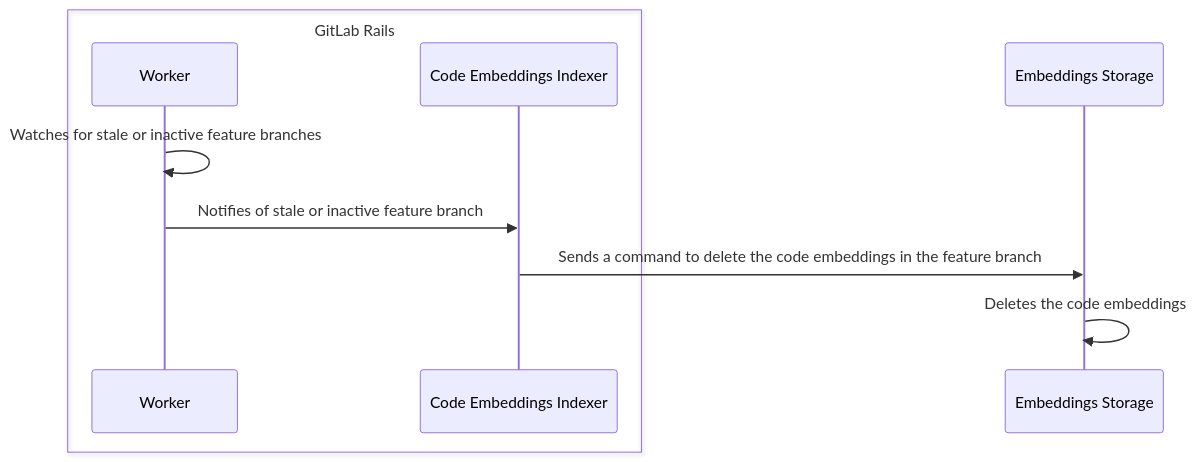
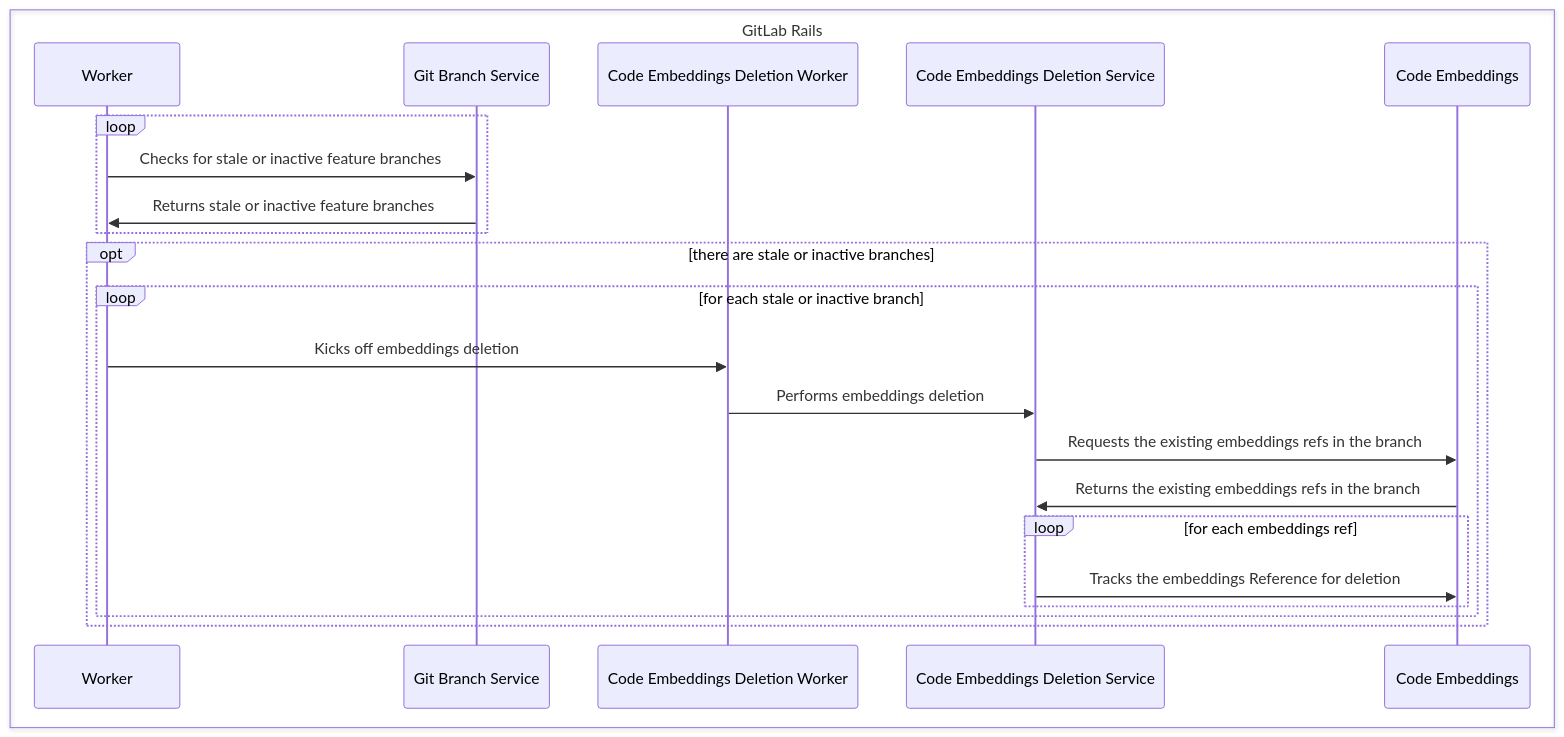
One commit to zalyoung/gitlab-handbook changed the third of 4 diagrams in content/handbook/engineering/architecture/design-documents/codebase_as_chat_context/_index.md. Above: the diagram before and after it, drawn with Mermaid. The commit also changed other lines of this file, not shown here.

First line of the commit message:
Update diagrams for clarity

````diff
--- a/content/handbook/engineering/architecture/design-documents/codebase_as_chat_context/_index.md
+++ b/content/handbook/engineering/architecture/design-documents/codebase_as_chat_context/_index.md
@@ -196,13 +191,26 @@
 ```mermaid
 sequenceDiagram
     box GitLab Rails
       participant WRKR as Worker
-      participant CEI as Code Embeddings Indexer
+      participant GLRGBR as Git Branch Service
+      participant CEDW as Code Embeddings Deletion Worker
+      participant CEDS as Code Embeddings Deletion Service
+      participant CE as Code Embeddings
     end
-    participant STOR as Embeddings Storage
 
-    WRKR->>WRKR: Watches for stale or inactive feature branches
-    WRKR->>CEI: Notifies of stale or inactive feature branch
-    CEI->>STOR: Sends a command to delete the code embeddings in the feature branch
-    STOR->>STOR: Deletes the code embeddings
+    loop
+      WRKR->>GLRGBR: Checks for stale or inactive feature branches
+      GLRGBR->>WRKR: Returns stale or inactive feature branches
+    end
+    opt there are stale or inactive branches
+      loop for each stale or inactive branch
+        WRKR->>CEDW: Kicks off embeddings deletion
+        CEDW->>CEDS: Performs embeddings deletion
+        CEDS->>CE: Requests the existing embeddings refs in the branch
+        CE->>CEDS: Returns the existing embeddings refs in the branch
+        loop for each embeddings ref
+          CEDS->>CE: Tracks the embeddings Reference for deletion
+        end
+      end
+    end
 ```
````
